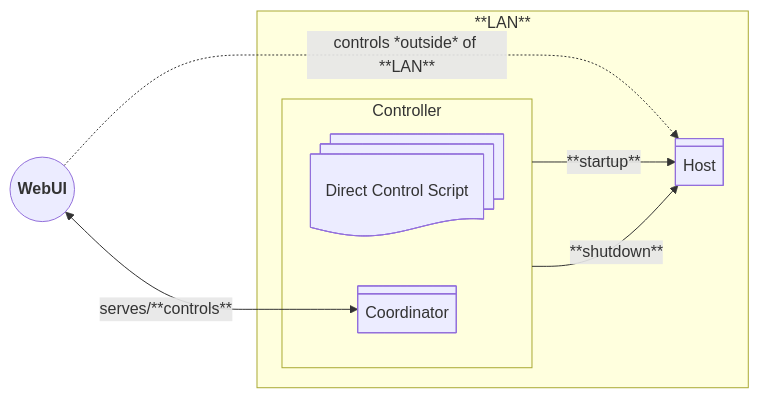
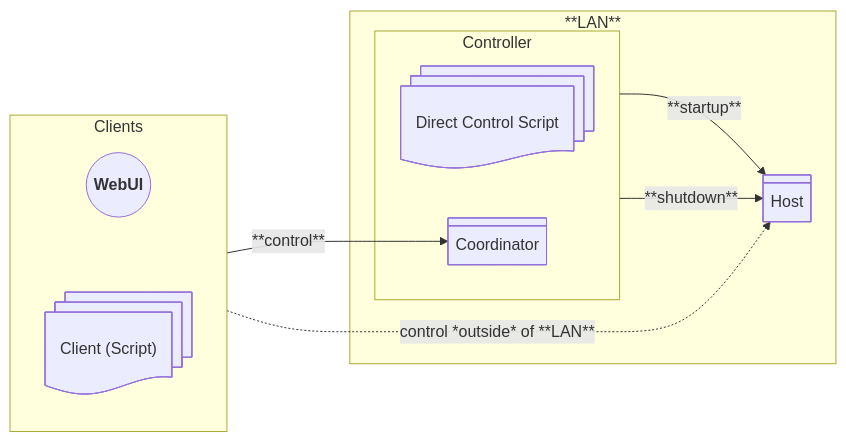
The diagram in frontend/assets/direct_control_comparison.mmd (9SMTM6/shuthost), drawn with Mermaid before and after one commit. The commit also changed 5 other files, not shown here.

Commit message:
Add client to agent-only diagram, small layout changes to diagrams

```diff
--- a/frontend/assets/direct_control_comparison.mmd
+++ b/frontend/assets/direct_control_comparison.mmd
@@ -1,26 +1,31 @@
 flowchart LR
     %% Direct Control vs WebUI+Coordinator Comparison
 
-    %% WebUI (works everywhere)
-    webui@{ shape: circle, label: "**WebUI**" }
+    %% Clients (work everywhere)
+    subgraph clients["Clients"]
+        webui@{ shape: circle, label: "**WebUI**" }
+        client@{ shape: docs, label: "Client (Script)" }  
+        %% Invisible link, otherwise direction doesn't do anything... mermaid is kinda a mess
+        webui ~~~ client
+    end
 
     %% LAN Components
     subgraph lan["**LAN**"]
         subgraph controller["Controller"]
             direct_control@{ shape: docs, label: "Direct Control Script" }
             coordinator@{ shape: div-proc, label: "Coordinator" }
         end
         host@{ shape: div-proc, label: "Host" }
     end
 
     %% Relationships
-    webui <--> |"serves/**controls**"| coordinator
+    clients --> |"**control**"| coordinator
     controller --> |"**startup**"| host
     controller --> |"**shutdown**"| host
-    webui -.-> |"controls *outside* of **LAN**"| host
+    clients -.-> |"control *outside* of **LAN**"| host
 
     class lan lan
     class webui webui
     class coordinator coordinator
     class direct_control direct_control
     class host host
```
